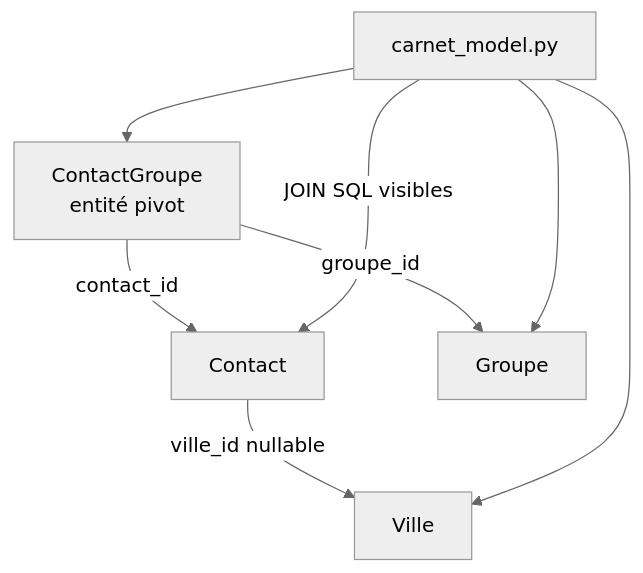
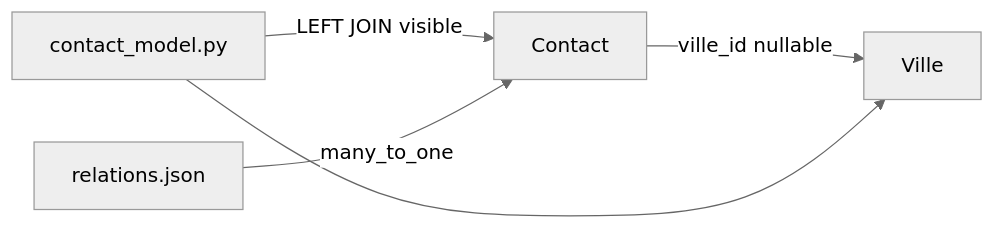
Before and after one commit to caucrogeGit/Forge: the diagram in docs/starter-app-03-carnet-contacts.md, drawn with Mermaid (neutral theme). The commit also changed other lines of this file and 24 other files, not shown here.

````diff
--- a/docs/starter-app-03-carnet-contacts.md
+++ b/docs/starter-app-03-carnet-contacts.md
@@ -69,10 +54,7 @@
 ```mermaid
-flowchart TD
+flowchart LR
     A["Contact"] -->|"ville_id nullable"| B["Ville"]
-    C["ContactGroupe<br/>entité pivot"] -->|"contact_id"| A
-    C -->|"groupe_id"| D["Groupe"]
-    E["carnet_model.py"] -->|"JOIN SQL visibles"| A
-    E --> B
-    E --> C
-    E --> D
+    C["contact_model.py"] -->|"LEFT JOIN visible"| A
+    C --> B
+    D["relations.json"] -->|"many_to_one"| A
 ```
````
